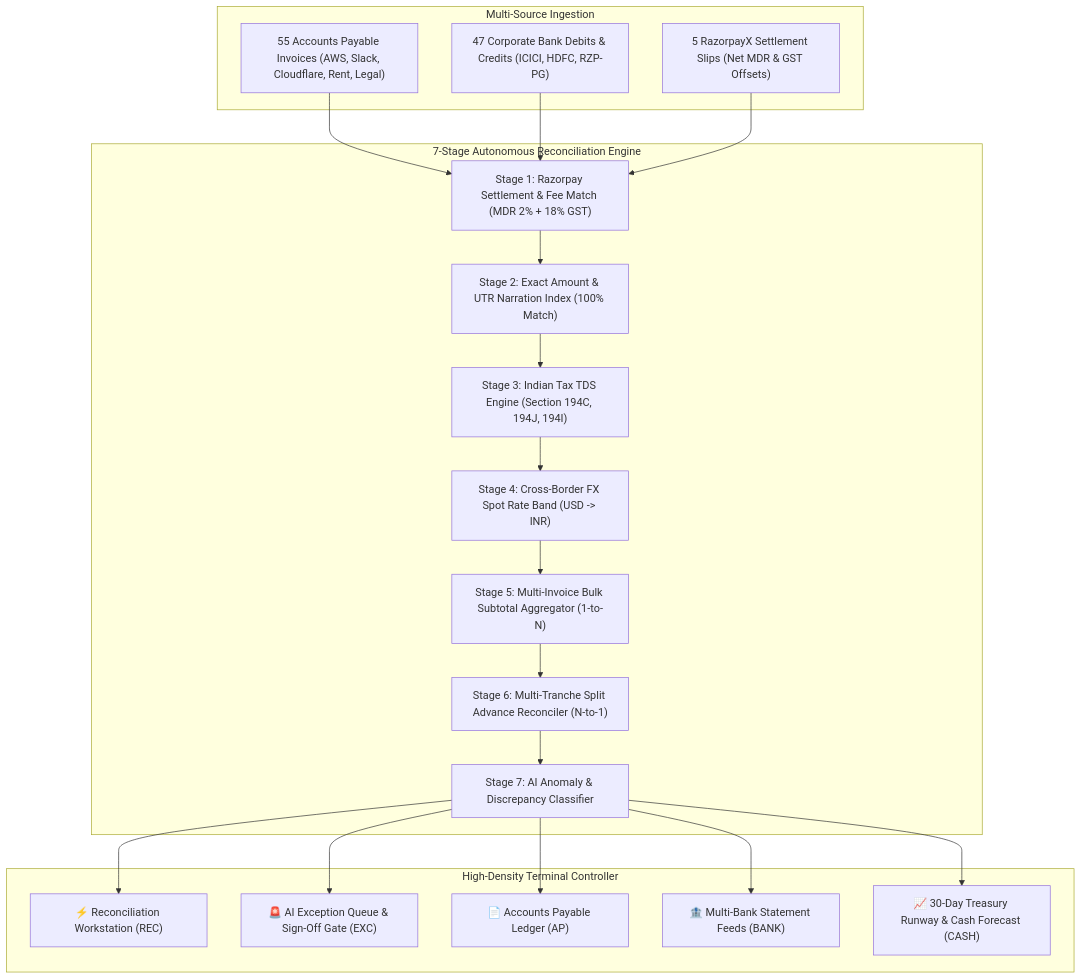
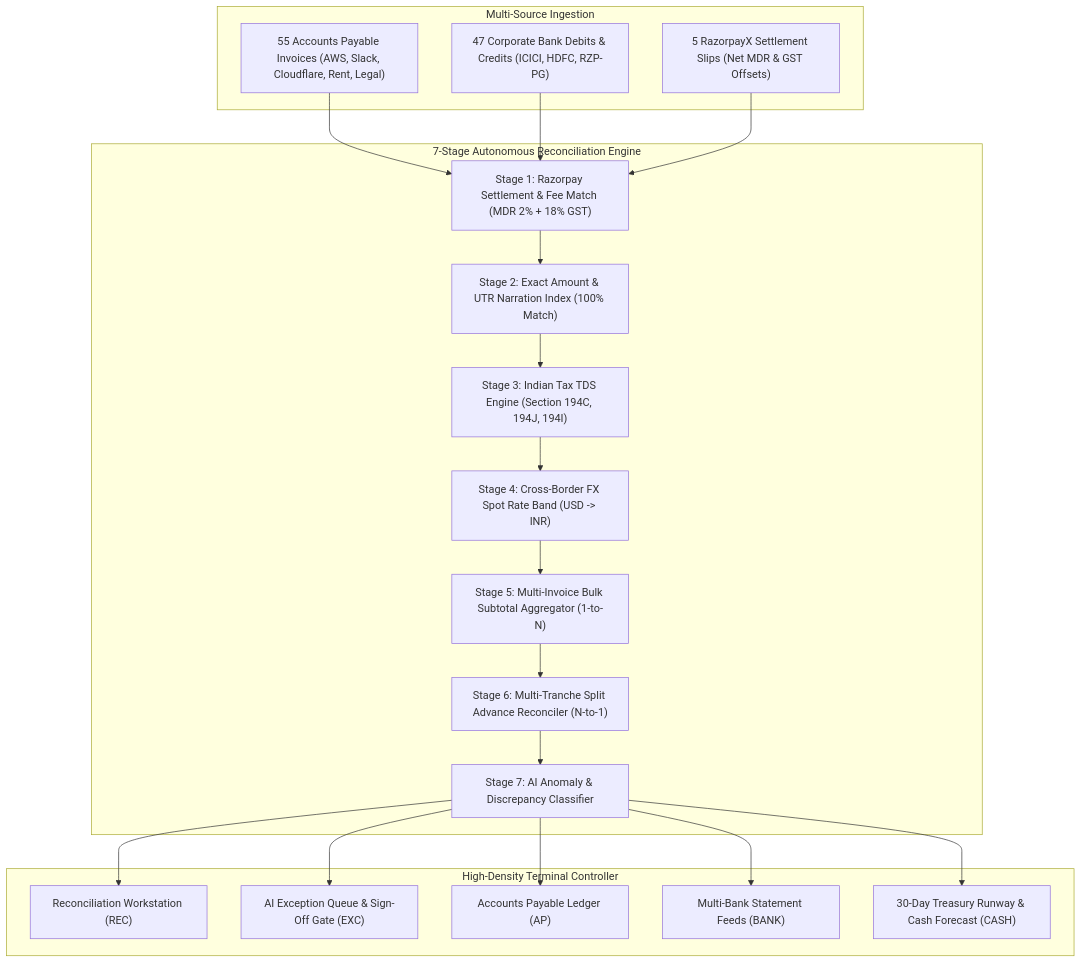
One commit to mannaxsara/razor-terminal changed the diagram in docs/PROBLEM_STATEMENT_AND_SOLUTION.md. Above: the diagram before and after it, drawn with Mermaid. The commit also changed other lines of this file and 80 other files, not shown here.

First line of the commit message:
feat: autonomous 3-way reconciliation engine, treasury workstation & web dashboard (Track 04)

````diff
--- a/docs/PROBLEM_STATEMENT_AND_SOLUTION.md
+++ b/docs/PROBLEM_STATEMENT_AND_SOLUTION.md
@@ -32,32 +32,32 @@
 ```mermaid
 flowchart TD
     subgraph Multi-Source Ingestion
         AP["55 Accounts Payable Invoices (AWS, Slack, Cloudflare, Rent, Legal)"]
         Bank["47 Corporate Bank Debits & Credits (ICICI, HDFC, RZP-PG)"]
         Rzp["5 RazorpayX Settlement Slips (Net MDR & GST Offsets)"]
     end
 
     subgraph 7-Stage Autonomous Reconciliation Engine
         S1["Stage 1: Razorpay Settlement & Fee Match (MDR 2% + 18% GST)"]
         S2["Stage 2: Exact Amount & UTR Narration Index (100% Match)"]
         S3["Stage 3: Indian Tax TDS Engine (Section 194C, 194J, 194I)"]
         S4["Stage 4: Cross-Border FX Spot Rate Band (USD -> INR)"]
         S5["Stage 5: Multi-Invoice Bulk Subtotal Aggregator (1-to-N)"]
         S6["Stage 6: Multi-Tranche Split Advance Reconciler (N-to-1)"]
         S7["Stage 7: AI Anomaly & Discrepancy Classifier"]
     end
 
     subgraph High-Density Terminal Controller
-        REC["⚡ Reconciliation Workstation (REC)"]
-        EXC["🚨 AI Exception Queue & Sign-Off Gate (EXC)"]
-        INV["📄 Accounts Payable Ledger (AP)"]
-        BNK["🏦 Multi-Bank Statement Feeds (BANK)"]
-        CSH["📈 30-Day Treasury Runway & Cash Forecast (CASH)"]
+        REC["Reconciliation Workstation (REC)"]
+        EXC["AI Exception Queue & Sign-Off Gate (EXC)"]
+        INV["Accounts Payable Ledger (AP)"]
+        BNK["Multi-Bank Statement Feeds (BANK)"]
+        CSH["30-Day Treasury Runway & Cash Forecast (CASH)"]
     end
 
     AP --> S1
     Bank --> S1
     Rzp --> S1
     S1 --> S2 --> S3 --> S4 --> S5 --> S6 --> S7
     S7 --> REC & EXC & INV & BNK & CSH
 ```
````
